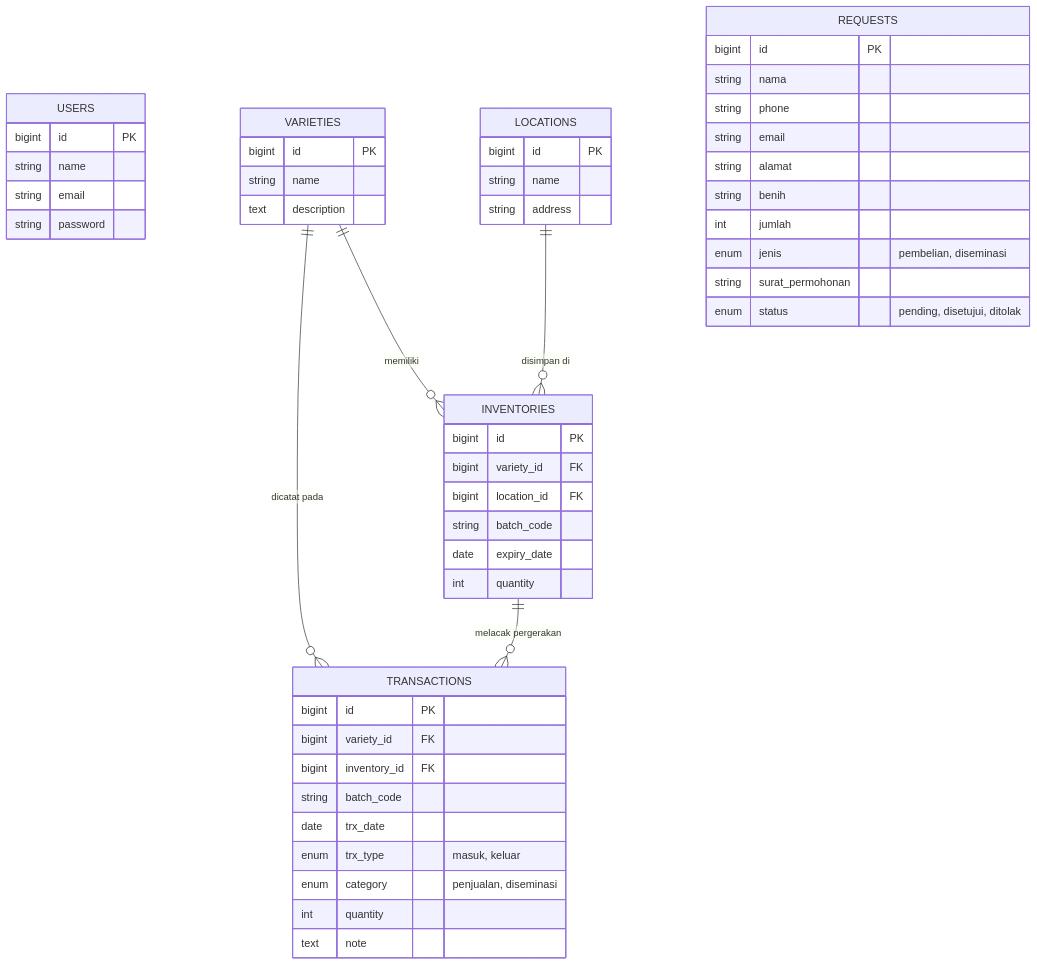
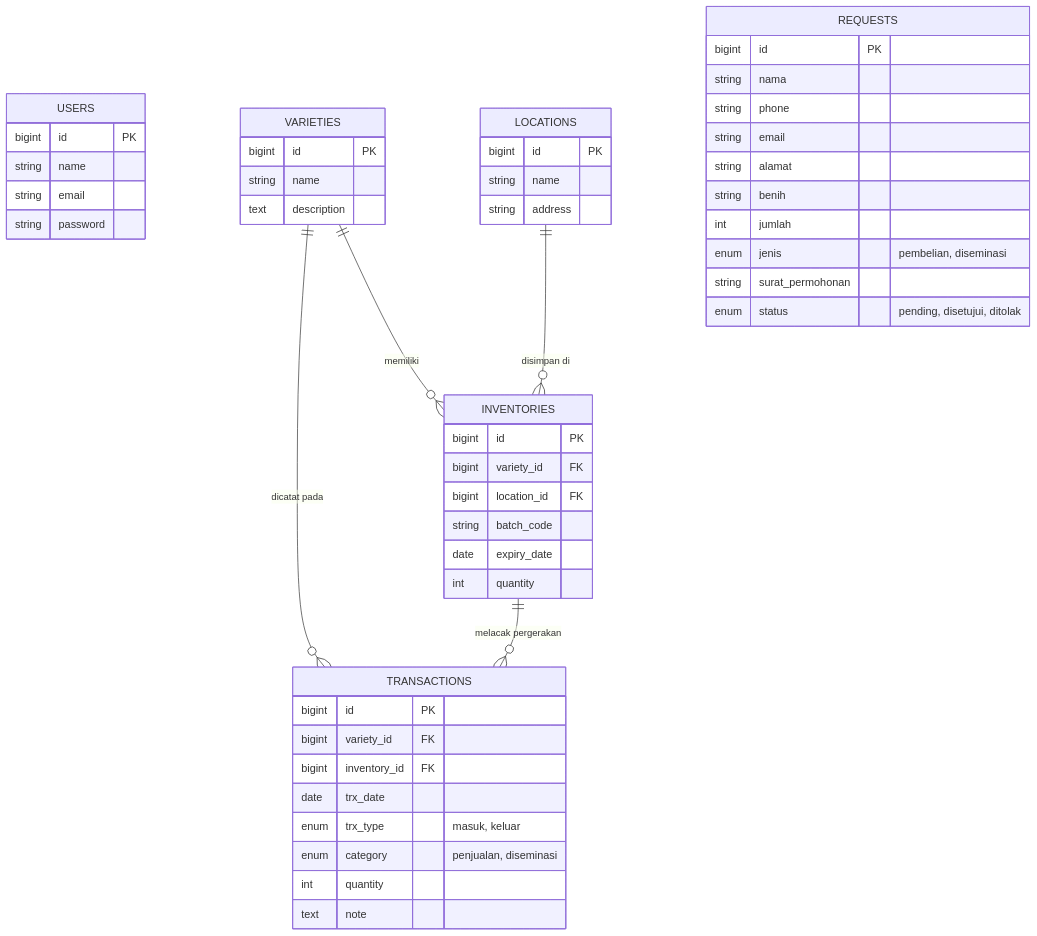
The diagram in DEVELOPMENT.md (hafizhryadi/upbs-test), drawn with Mermaid before and after one commit. The commit also changed other lines of this file and 2 other files, not shown here.

Commit message:
feat: implement TransactionController for inventory lifecycle management and update documentation schema

````diff
--- a/DEVELOPMENT.md
+++ b/DEVELOPMENT.md
@@ -24,55 +24,54 @@
 ```mermaid
 erDiagram
     USERS {
         bigint id PK
         string name
         string email
         string password
     }
     VARIETIES {
         bigint id PK
         string name
         text description
     }
     LOCATIONS {
         bigint id PK
         string name
         string address
     }
     INVENTORIES {
         bigint id PK
         bigint variety_id FK
         bigint location_id FK
         string batch_code
         date expiry_date
         int quantity
     }
     TRANSACTIONS {
         bigint id PK
         bigint variety_id FK
         bigint inventory_id FK
-        string batch_code
         date trx_date
         enum trx_type "masuk, keluar"
         enum category "penjualan, diseminasi"
         int quantity
         text note
     }
     REQUESTS {
         bigint id PK
         string nama
         string phone
         string email
         string alamat
         string benih
         int jumlah
         enum jenis "pembelian, diseminasi"
         string surat_permohonan
         enum status "pending, disetujui, ditolak"
     }
 
     VARIETIES ||--o{ INVENTORIES : "memiliki"
     LOCATIONS ||--o{ INVENTORIES : "disimpan di"
     VARIETIES ||--o{ TRANSACTIONS : "dicatat pada"
     INVENTORIES ||--o{ TRANSACTIONS : "melacak pergerakan"
 ```
````
